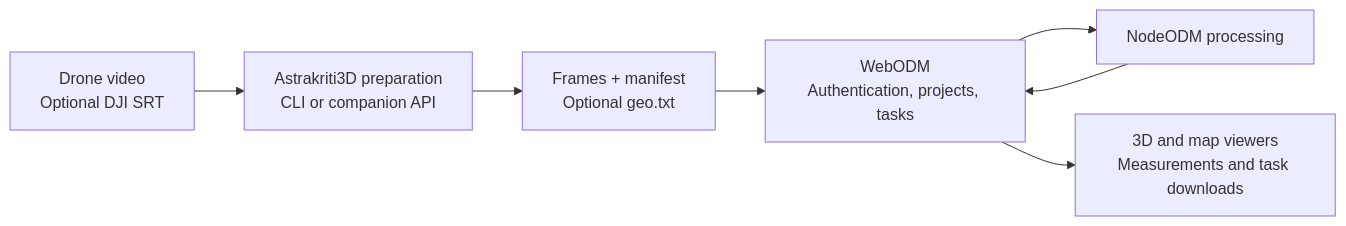
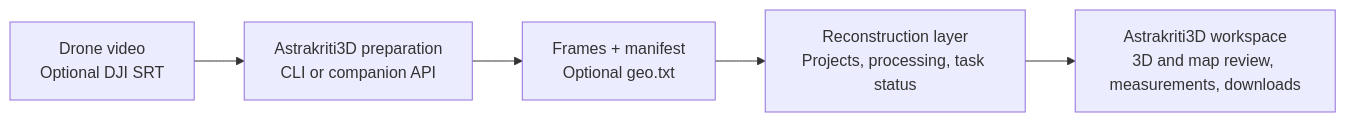
One commit to YashwanthDevelops/Astrakriti3D changed the diagram in README.md. Above: the diagram before and after it, drawn with Mermaid. The commit also changed other lines of this file and 5 other files, not shown here.

```diff
--- a/README.md
+++ b/README.md
@@ -162,9 +164,7 @@
 ~~~mermaid
 flowchart LR
     input["Drone video<br/>Optional DJI SRT"] --> prep["Astrakriti3D preparation<br/>CLI or companion API"]
     prep --> bundle["Frames + manifest<br/>Optional geo.txt"]
-    bundle --> webodm["WebODM<br/>Authentication, projects, tasks"]
-    webodm --> nodeodm["NodeODM processing"]
-    nodeodm --> webodm
-    webodm --> review["3D and map viewers<br/>Measurements and task downloads"]
+    bundle --> engine["Reconstruction layer<br/>Projects, processing, task status"]
+    engine --> review["Astrakriti3D workspace<br/>3D and map review, measurements, downloads"]
 ~~~
```
